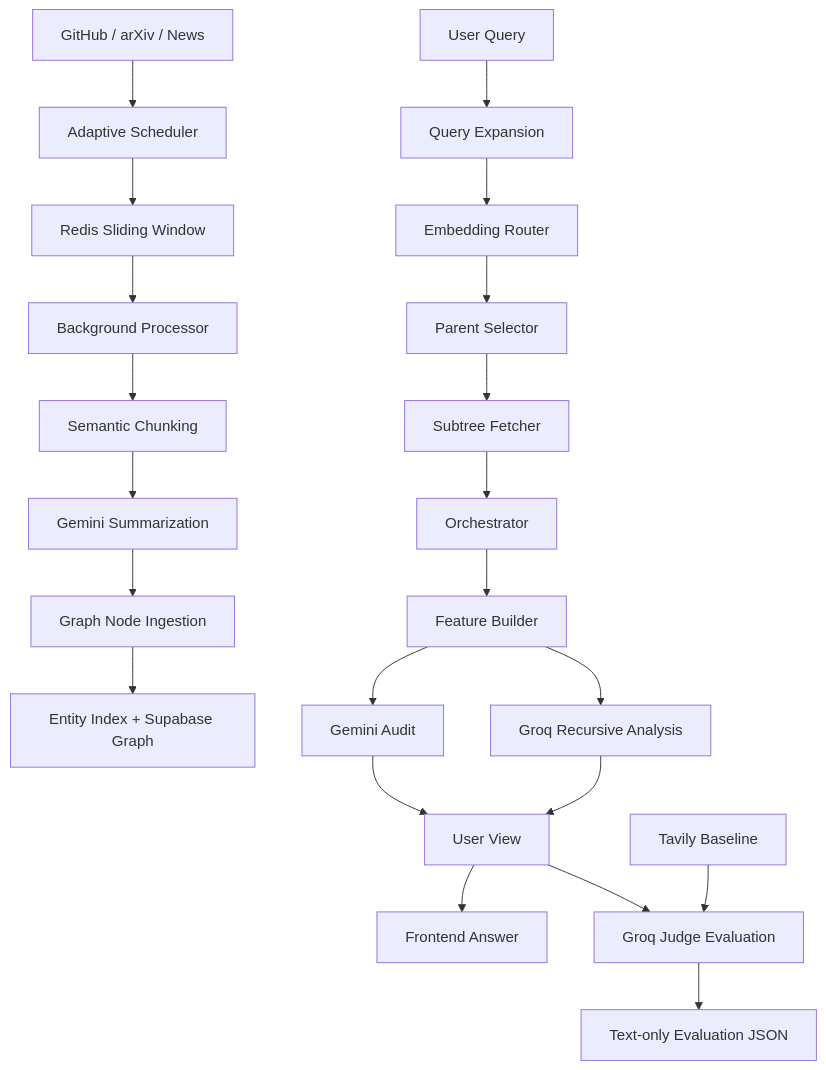
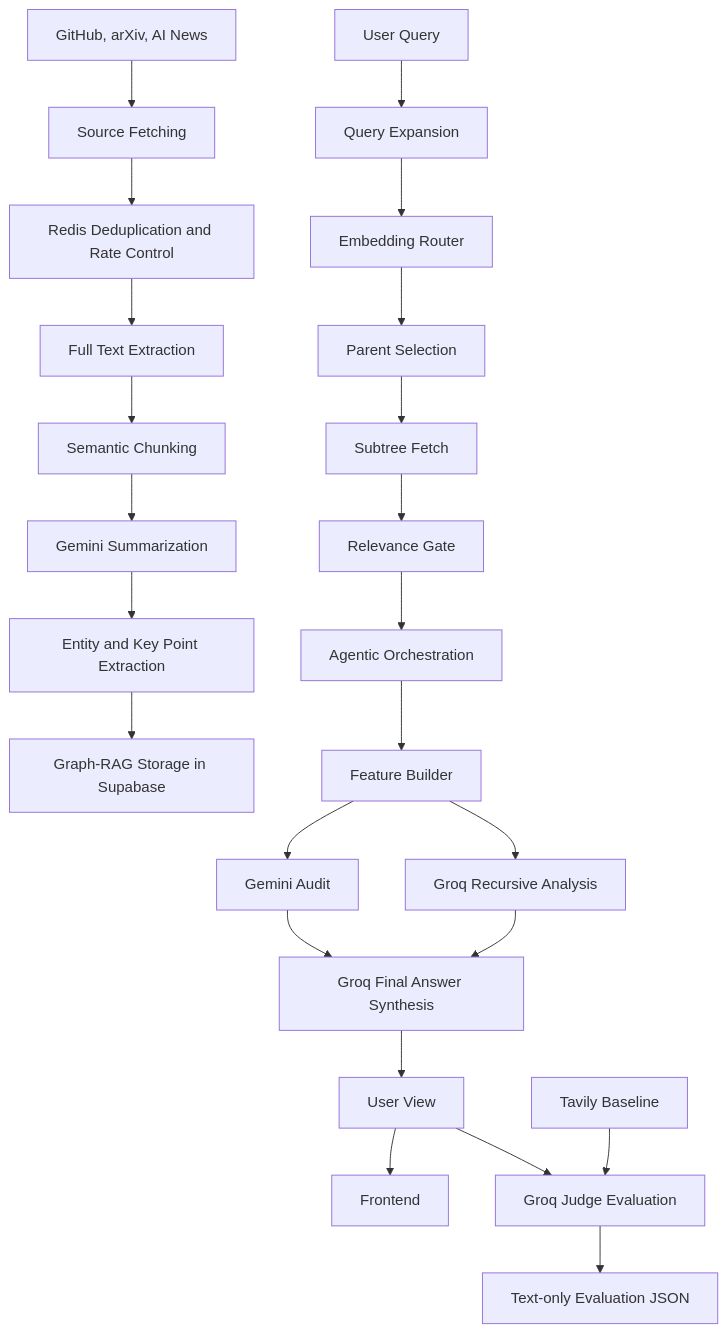
One commit to kanishka-maurya/FusionAI changed the diagram in docs/research_pipeline_ai_news_paper.md. Above: the diagram before and after it, drawn with Mermaid. The commit also changed other lines of this file and 13 other files, not shown here.

Commit message:
Structure(AI news pipeline and Evaluating It with tavily as benchmark) : Documenting Everything

````diff
--- a/docs/research_pipeline_ai_news_paper.md
+++ b/docs/research_pipeline_ai_news_paper.md
@@ -48,25 +44,27 @@
 ```mermaid
 flowchart TD
-    A["GitHub / arXiv / News"] --> B["Adaptive Scheduler"]
-    B --> C["Redis Sliding Window"]
-    C --> D["Background Processor"]
+    A["GitHub, arXiv, AI News"] --> B["Source Fetching"]
+    B --> C["Redis Deduplication and Rate Control"]
+    C --> D["Full Text Extraction"]
     D --> E["Semantic Chunking"]
     E --> F["Gemini Summarization"]
-    F --> G["Graph Node Ingestion"]
-    G --> H["Entity Index + Supabase Graph"]
+    F --> G["Entity and Key Point Extraction"]
+    G --> H["Graph-RAG Storage in Supabase"]
 
     Q["User Query"] --> I["Query Expansion"]
     I --> J["Embedding Router"]
-    J --> K["Parent Selector"]
-    K --> L["Subtree Fetcher"]
-    L --> M["Orchestrator"]
-    M --> N["Feature Builder"]
-    N --> O["Gemini Audit"]
-    N --> P["Groq Recursive Analysis"]
-    O --> R["User View"]
-    P --> R
-    R --> S["Frontend Answer"]
-    R --> T["Groq Judge Evaluation"]
-    U["Tavily Baseline"] --> T
-    T --> V["Text-only Evaluation JSON"]
+    J --> K["Parent Selection"]
+    K --> L["Subtree Fetch"]
+    L --> M["Relevance Gate"]
+    M --> N["Agentic Orchestration"]
+    N --> O["Feature Builder"]
+    O --> P["Gemini Audit"]
+    O --> R["Groq Recursive Analysis"]
+    P --> S["Groq Final Answer Synthesis"]
+    R --> S
+    S --> T["User View"]
+    T --> U["Frontend"]
+    T --> V["Groq Judge Evaluation"]
+    W["Tavily Baseline"] --> V
+    V --> X["Text-only Evaluation JSON"]
 ```
````
